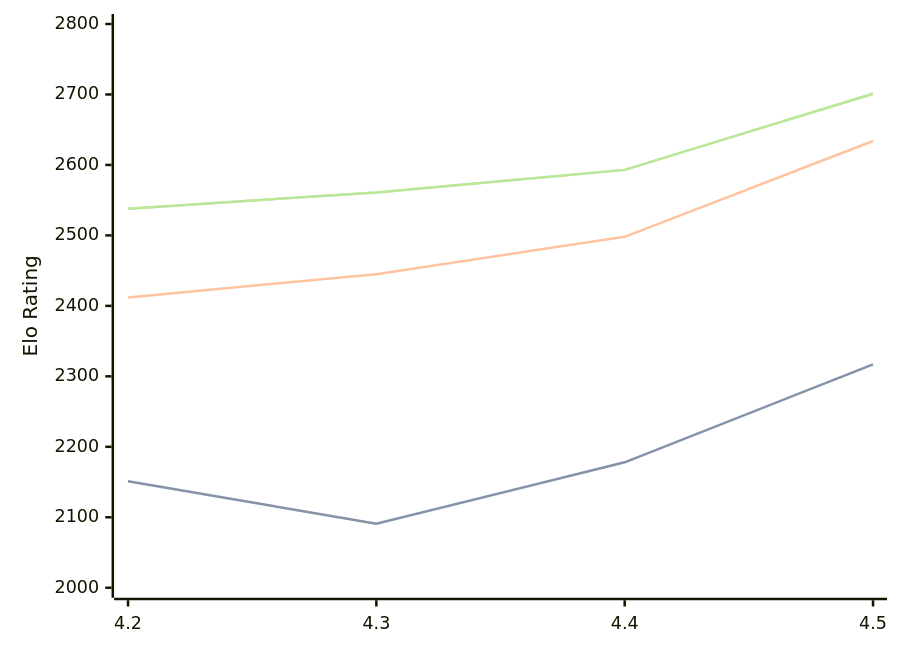
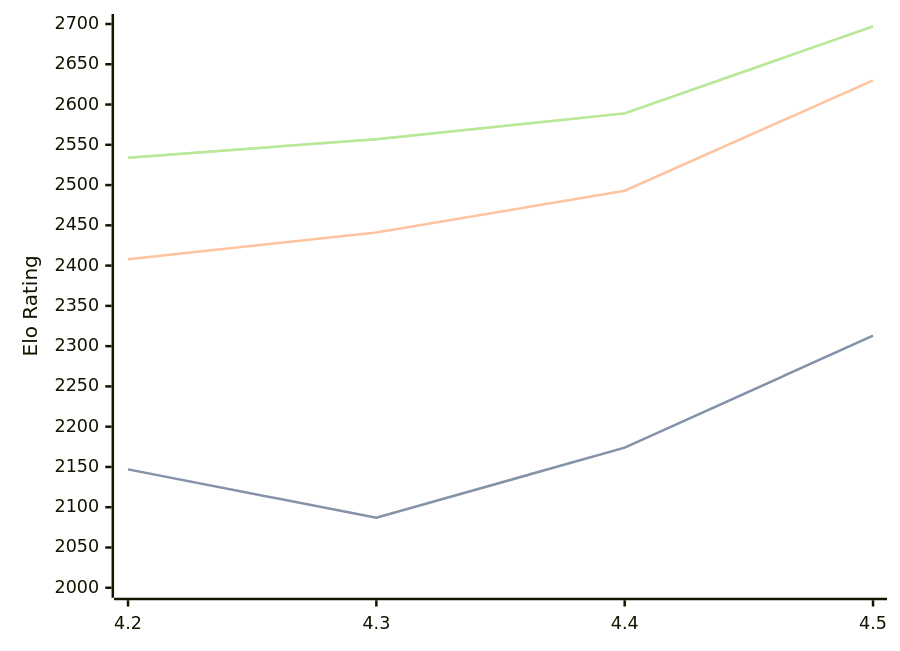
Before and after one commit to computer-chess-index/cci: the first of 3 diagrams in engines/Eubos.md, drawn with Mermaid. The commit also changed other lines of this file, not shown here.

Commit message:
Update CCI Ratings (ELO VLTC) - 2026-07-16

````diff
--- a/engines/Eubos.md
+++ b/engines/Eubos.md
@@ -90,11 +90,11 @@
 ```mermaid
 %%{init: {"theme":"base","themeVariables":{"seriesColors:['#a3a3a3','#222221','#faa371']}}}%%
 xychart-beta
   x-axis ["4.2", "4.3", "4.4", "4.5"]
-  y-axis "Elo Rating" 2000 --> 2800
-  line "STC (8.0+0.08s)" [2151, 2091, 2178, 2317]
-  line "STC (8.0+0.08s)" [2151, 2091, 2178, 2317]
-  line "LTC (60.0+0.60s)" [2412, 2445, 2498, 2634]
-  line "VLTC (2m24s+1.12s)" [2538, 2561, 2593, 2701]
-  line "VLTC (2m24s+1.12s)" [2538, 2561, 2593, 2701]
+  y-axis "Elo Rating" 2000 --> 2700
+  line "STC (8.0+0.08s)" [2147, 2087, 2174, 2313]
+  line "STC (8.0+0.08s)" [2147, 2087, 2174, 2313]
+  line "LTC (60.0+0.60s)" [2408, 2441, 2493, 2630]
+  line "VLTC (2m24s+1.12s)" [2534, 2557, 2589, 2697]
+  line "VLTC (2m24s+1.12s)" [2534, 2557, 2589, 2697]
 ```
````
